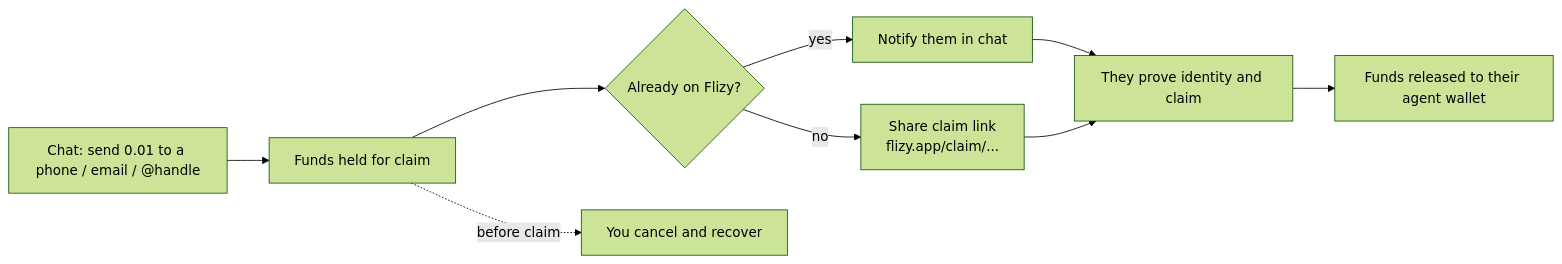
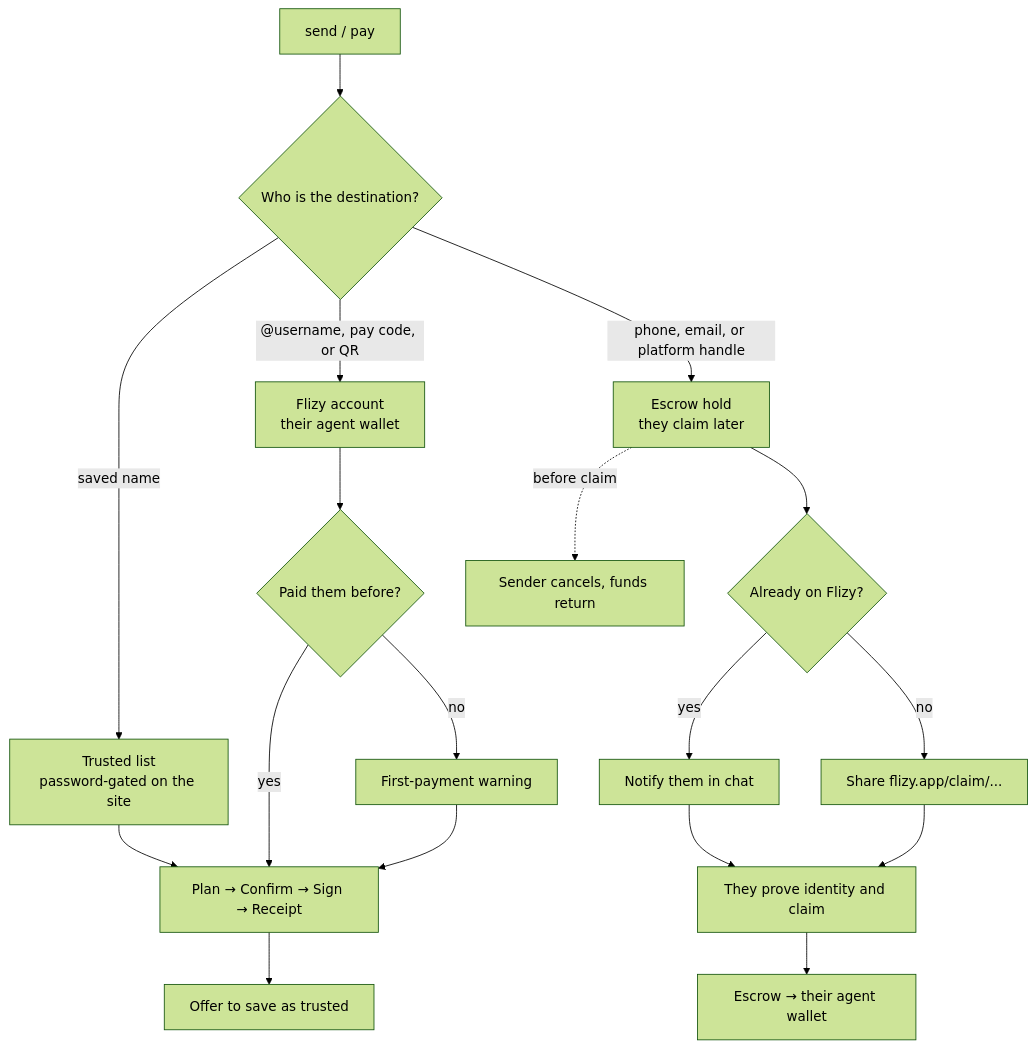
The second of 4 diagrams in README.md (rudazy/flizy), drawn with Mermaid (forest theme) before and after one commit. The commit also changed other lines of this file, not shown here.

````diff
--- a/README.md
+++ b/README.md
@@ -225,11 +95,23 @@
 ```mermaid
-flowchart LR
-  A["Chat: send 0.01 to a phone / email / @handle"] --> B["Funds held for claim"]
-  B --> C{"Already on Flizy?"}
-  C -->|yes| D["Notify them in chat"]
-  C -->|no| E["Share claim link<br/>flizy.app/claim/..."]
-  D --> F["They prove identity and claim"]
-  E --> F
-  F --> G["Funds released to their agent wallet"]
-  B -.->|before claim| H["You cancel and recover"]
+flowchart TB
+  START["send / pay"] --> KIND{Who is the destination?}
+
+  KIND -->|"saved name"| TRUST["Trusted list<br/>password-gated on the site"]
+  KIND -->|"@username, pay code, or QR"| ID["Flizy account<br/>their agent wallet"]
+  KIND -->|"phone, email, or platform handle"| HOLD["Escrow hold<br/>they claim later"]
+
+  TRUST --> SPINE["Plan → Confirm → Sign → Receipt"]
+  ID --> FIRST{Paid them before?}
+  FIRST -->|no| WARN["First-payment warning"]
+  FIRST -->|yes| SPINE
+  WARN --> SPINE
+  SPINE --> SAVE["Offer to save as trusted"]
+
+  HOLD --> ON{Already on Flizy?}
+  ON -->|yes| NOTE["Notify them in chat"]
+  ON -->|no| LINK["Share flizy.app/claim/..."]
+  NOTE --> CLAIM["They prove identity and claim"]
+  LINK --> CLAIM
+  CLAIM --> PAY["Escrow → their agent wallet"]
+  HOLD -.->|before claim| CANCEL["Sender cancels, funds return"]
 ```
````
